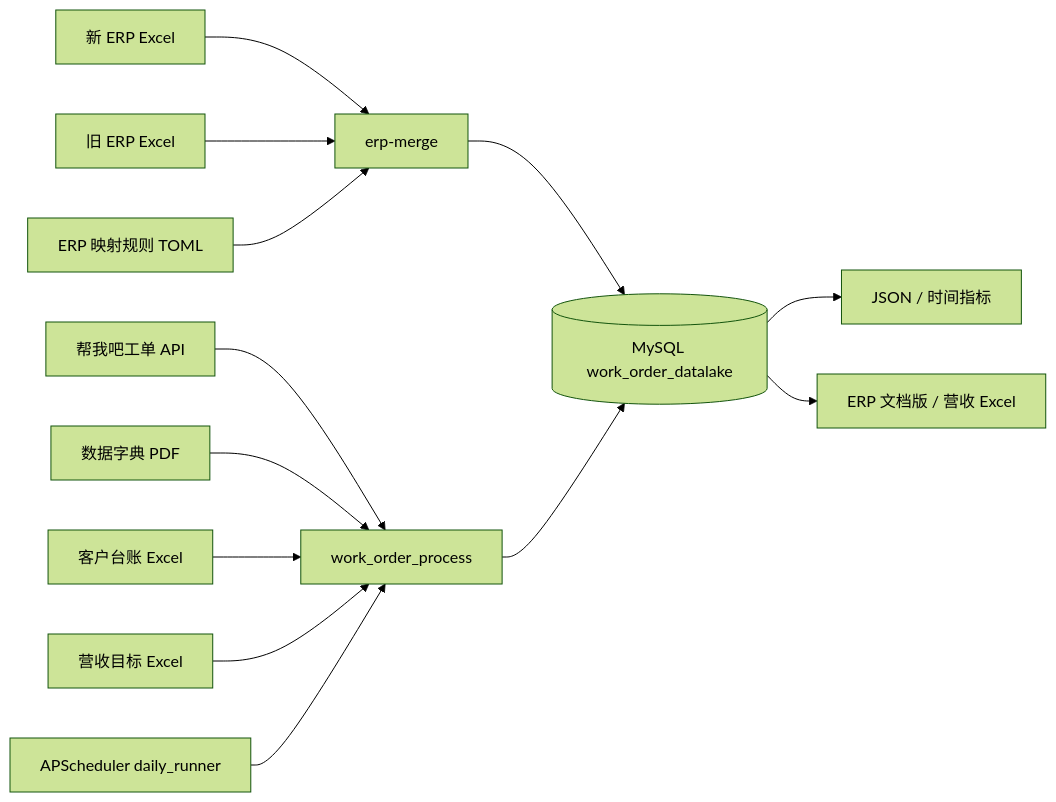
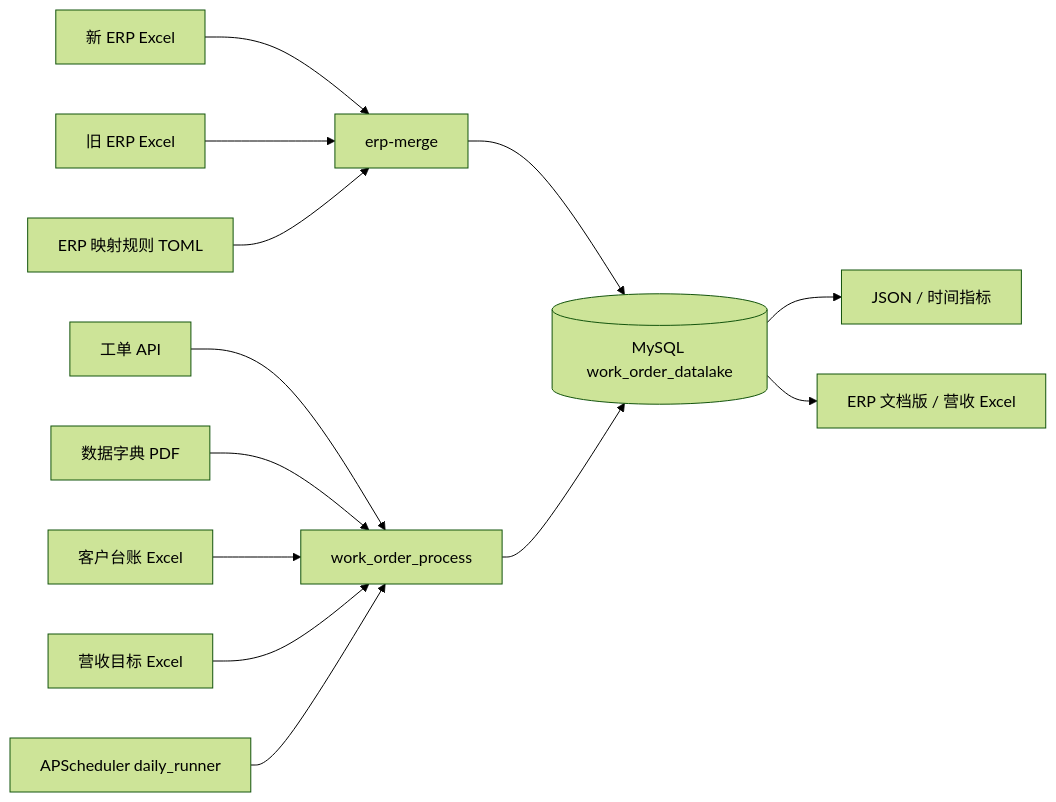
One commit to TherionAl/work-order-process changed the first of 5 diagrams in docs/project_handover_guide.md. Above: the diagram before and after it, drawn with Mermaid (forest theme). The commit also changed other lines of this file, not shown here.

Commit message:
docs: remove incorrect API product name from handbook

````diff
--- a/docs/project_handover_guide.md
+++ b/docs/project_handover_guide.md
@@ -123,15 +123,15 @@
 ```mermaid
 flowchart LR
-    API["帮我吧工单 API"] --> CORE["work_order_process"]
+    API["工单 API"] --> CORE["work_order_process"]
     PDF["数据字典 PDF"] --> CORE
     NEWERP["新 ERP Excel"] --> MERGE["erp-merge"]
     OLDERP["旧 ERP Excel"] --> MERGE
     RULES["ERP 映射规则 TOML"] --> MERGE
     MERGE --> DB[("MySQL work_order_datalake")]
     ACCOUNT["客户台账 Excel"] --> CORE
     TARGET["营收目标 Excel"] --> CORE
     CORE --> DB
     DB --> JSON["JSON / 时间指标"]
     DB --> XLSX["ERP 文档版 / 营收 Excel"]
     SCHED["APScheduler daily_runner"] --> CORE
 ```
````
